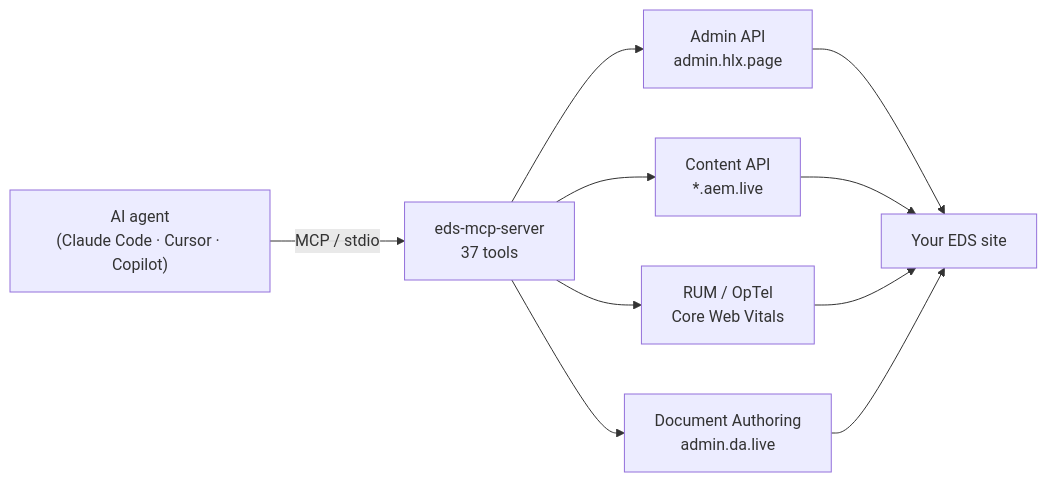
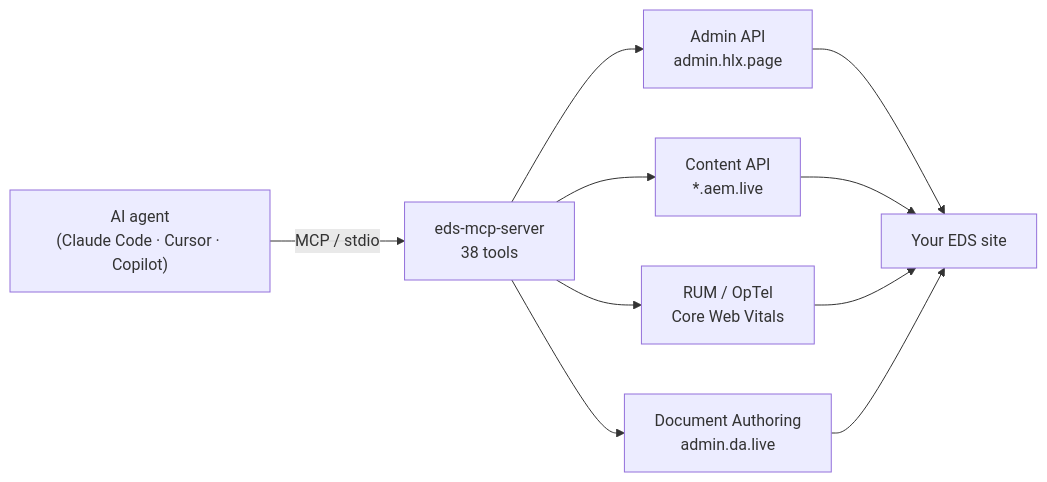
Before and after one commit to Focus-GTS/eds-mcp-server: the second of 3 diagrams in README.md, drawn with Mermaid. The commit also changed other lines of this file and 15 other files, not shown here.

````diff
--- a/README.md
+++ b/README.md
@@ -57,12 +57,12 @@
 ```mermaid
 flowchart LR
-  A["AI agent<br/>(Claude Code · Cursor · Copilot)"] -- MCP / stdio --> B["eds-mcp-server<br/>37 tools"]
+  A["AI agent<br/>(Claude Code · Cursor · Copilot)"] -- MCP / stdio --> B["eds-mcp-server<br/>38 tools"]
   B --> C["Admin API<br/>admin.hlx.page"]
   B --> D["Content API<br/>*.aem.live"]
   B --> E["RUM / OpTel<br/>Core Web Vitals"]
   B --> G["Document Authoring<br/>admin.da.live"]
   C --> F["Your EDS site"]
   D --> F
   E --> F
   G --> F
 ```
````
